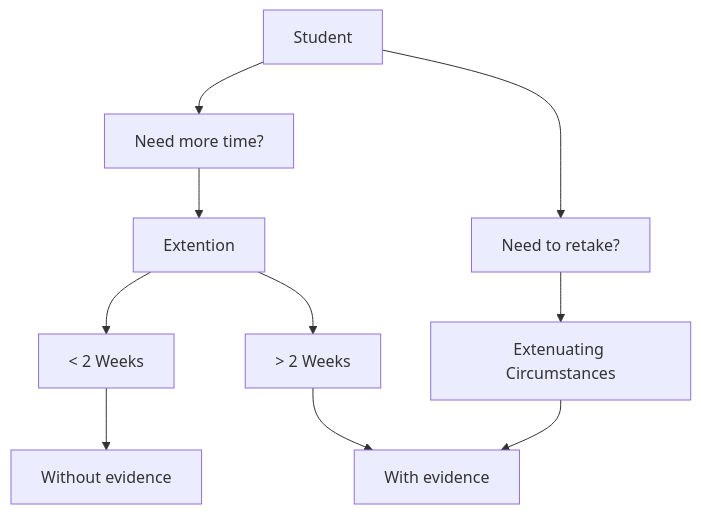
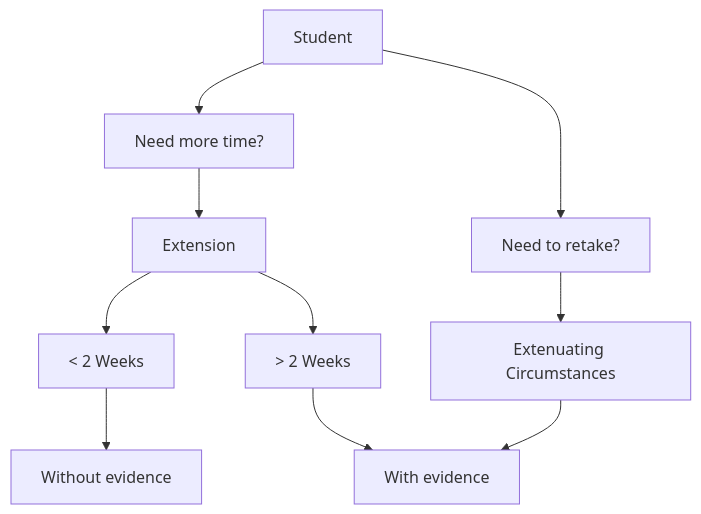
One commit to IainSimpsonCode/UCLanSU changed the second of 3 diagrams in MC-Research.md. Above: the diagram before and after it, drawn with Mermaid. The commit also changed other lines of this file, not shown here.

````diff
--- a/MC-Research.md
+++ b/MC-Research.md
@@ -77,12 +77,12 @@
 ```mermaid
 flowchart TD
     A[Student] --> B[Need more time?];
     A --> C[Need to retake?];
-    B --> D[Extention];
+    B --> D[Extension];
     D --> E[< 2 Weeks];
     D --> F[> 2 Weeks];
     E --> G[Without evidence];
     F --> H[With evidence];
     C --> I[Extenuating Circumstances];
     I --> H;
 ```
````
